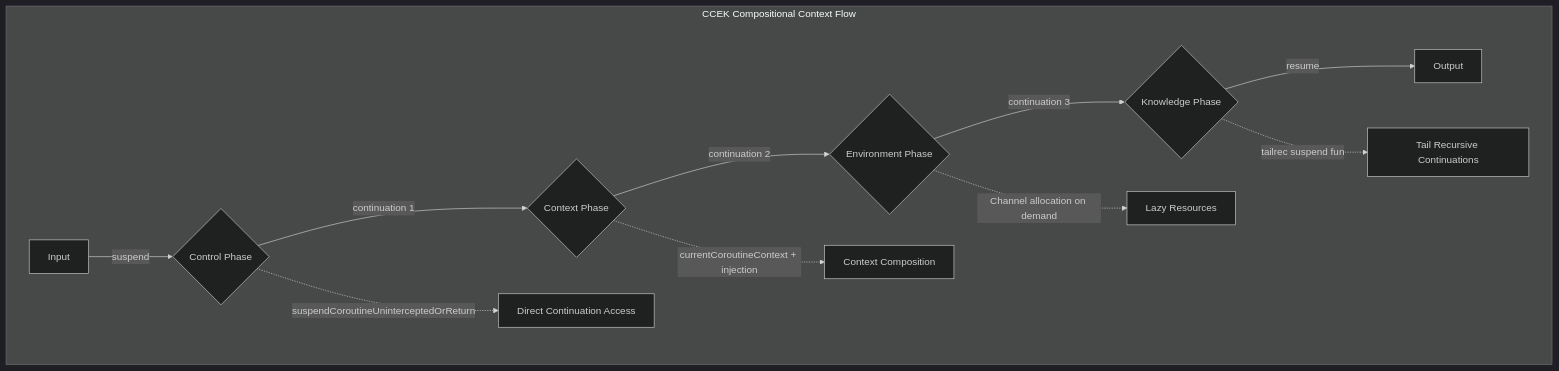
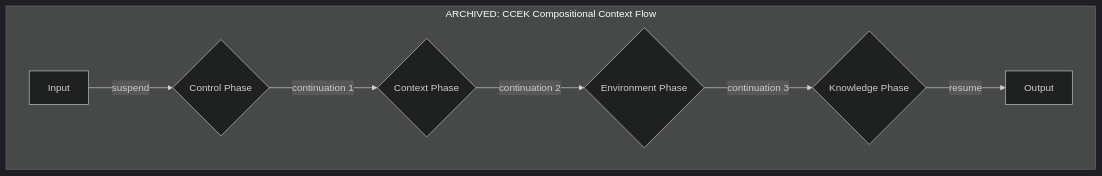
One commit to jnorthrup/superbikeshed changed the first of 3 diagrams in CHANNEL_CCEK_TODO.md. Above: the diagram before and after it, drawn with Mermaid (dark theme). The commit also changed other lines of this file and 56 other files, not shown here.

````diff
--- a/CHANNEL_CCEK_TODO.md
+++ b/CHANNEL_CCEK_TODO.md
@@ -9,15 +11,10 @@
 ```mermaid
 flowchart TD
-    subgraph "CCEK Compositional Context Flow" 
-        A[Input] -->|suspend| B{Control Phase}
-        B -->|continuation 1| C{Context Phase}
-        C -->|continuation 2| D{Environment Phase}
-        D -->|continuation 3| E{Knowledge Phase}
-        E -->|resume| F[Output] 
-        
-        B -.->| suspendCoroutineUninterceptedOrReturn| G[Direct Continuation Access]
-        C -.->|currentCoroutineContext + injection| H[Context Composition]
-        D -.->|Channel allocation on demand| I[Lazy Resources]
-        E -.->|tailrec suspend fun| J[Tail Recursive Continuations] 
-    end
+ subgraph "ARCHIVED: CCEK Compositional Context Flow" 
+ A[Input] -->|suspend| B{Control Phase}
+ B -->|continuation 1| C{Context Phase}
+ C -->|continuation 2| D{Environment Phase}
+ D -->|continuation 3| E{Knowledge Phase}
+ E -->|resume| F[Output] 
+ end
 ```
````
